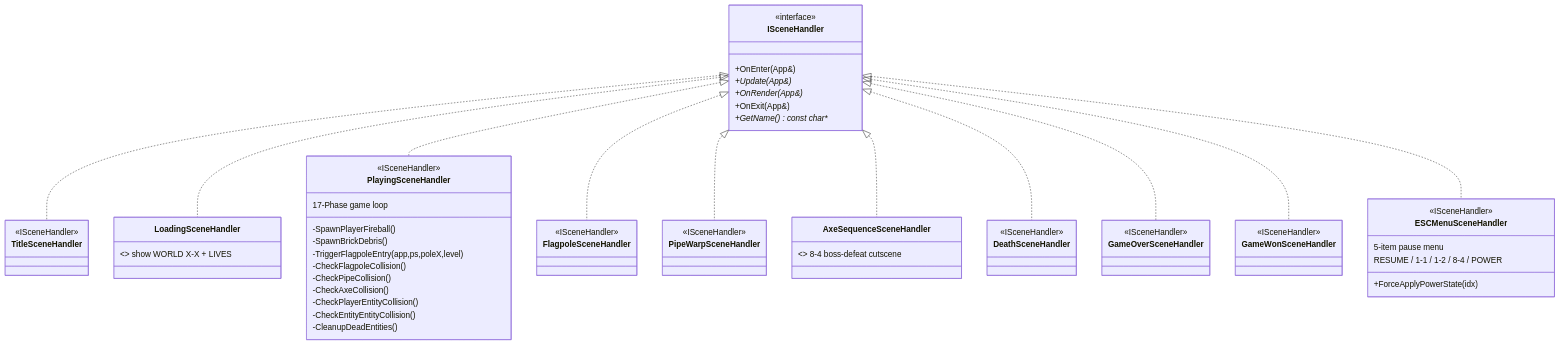
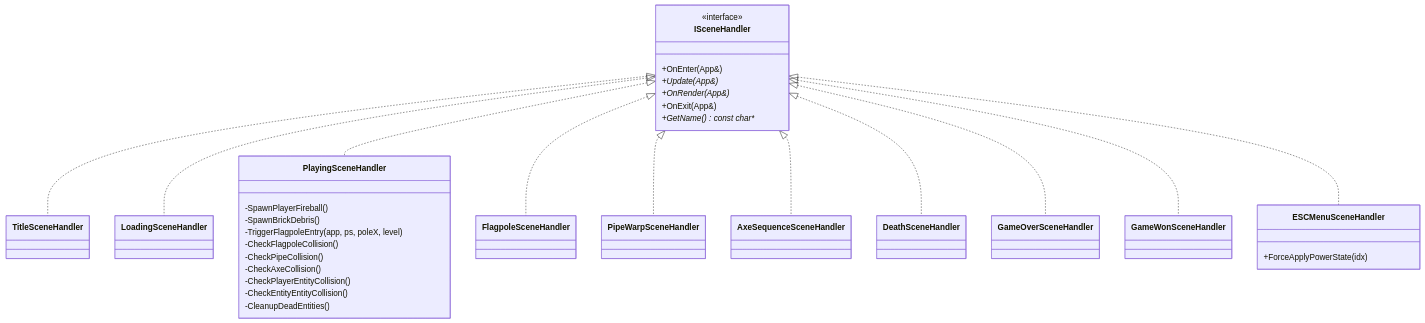
One commit to Andy87877/NTUT_OOPL_mario changed the second of 23 diagrams in Constructure.md. Above: the diagram before and after it, drawn with Mermaid. The commit also changed other lines of this file, not shown here.

````diff
--- a/Constructure.md
+++ b/Constructure.md
@@ -196,52 +197,47 @@
 ```mermaid
 classDiagram
     direction TB
 
     class ISceneHandler {
         <<interface>>
         +OnEnter(App&)
         +Update(App&)*
         +OnRender(App&)*
         +OnExit(App&)
         +GetName() const char**
     }
 
-    class TitleSceneHandler     { <<ISceneHandler>> }
-    class LoadingSceneHandler   { <<ISceneHandler>> show WORLD X-X + LIVES }
+    class TitleSceneHandler
+    class LoadingSceneHandler
     class PlayingSceneHandler {
-        <<ISceneHandler>>
-        17-Phase game loop
         -SpawnPlayerFireball()
         -SpawnBrickDebris()
-        -TriggerFlagpoleEntry(app,ps,poleX,level)
+        -TriggerFlagpoleEntry(app, ps, poleX, level)
         -CheckFlagpoleCollision()
         -CheckPipeCollision()
         -CheckAxeCollision()
         -CheckPlayerEntityCollision()
         -CheckEntityEntityCollision()
         -CleanupDeadEntities()
     }
-    class FlagpoleSceneHandler  { <<ISceneHandler>> }
-    class PipeWarpSceneHandler  { <<ISceneHandler>> }
-    class AxeSequenceSceneHandler { <<ISceneHandler>> 8-4 boss-defeat cutscene }
-    class DeathSceneHandler     { <<ISceneHandler>> }
-    class GameOverSceneHandler  { <<ISceneHandler>> }
-    class GameWonSceneHandler   { <<ISceneHandler>> }
+    class FlagpoleSceneHandler
+    class PipeWarpSceneHandler
+    class AxeSequenceSceneHandler
+    class DeathSceneHandler
+    class GameOverSceneHandler
+    class GameWonSceneHandler
     class ESCMenuSceneHandler {
-        <<ISceneHandler>>
-        5-item pause menu
-        RESUME / 1-1 / 1-2 / 8-4 / POWER
         +ForceApplyPowerState(idx)
     }
 
     ISceneHandler <|.. TitleSceneHandler
     ISceneHandler <|.. LoadingSceneHandler
     ISceneHandler <|.. PlayingSceneHandler
     ISceneHandler <|.. FlagpoleSceneHandler
     ISceneHandler <|.. PipeWarpSceneHandler
     ISceneHandler <|.. AxeSequenceSceneHandler
     ISceneHandler <|.. DeathSceneHandler
     ISceneHandler <|.. GameOverSceneHandler
     ISceneHandler <|.. GameWonSceneHandler
     ISceneHandler <|.. ESCMenuSceneHandler
 ```
````
